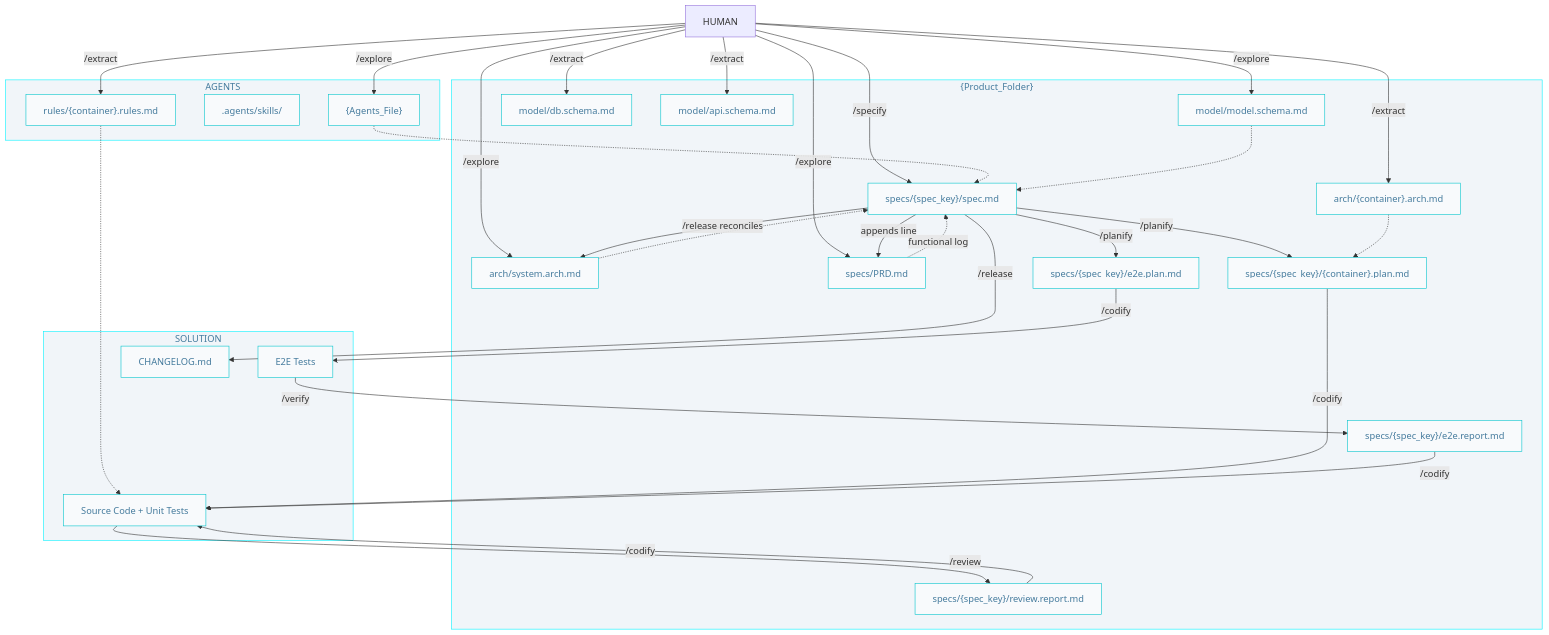
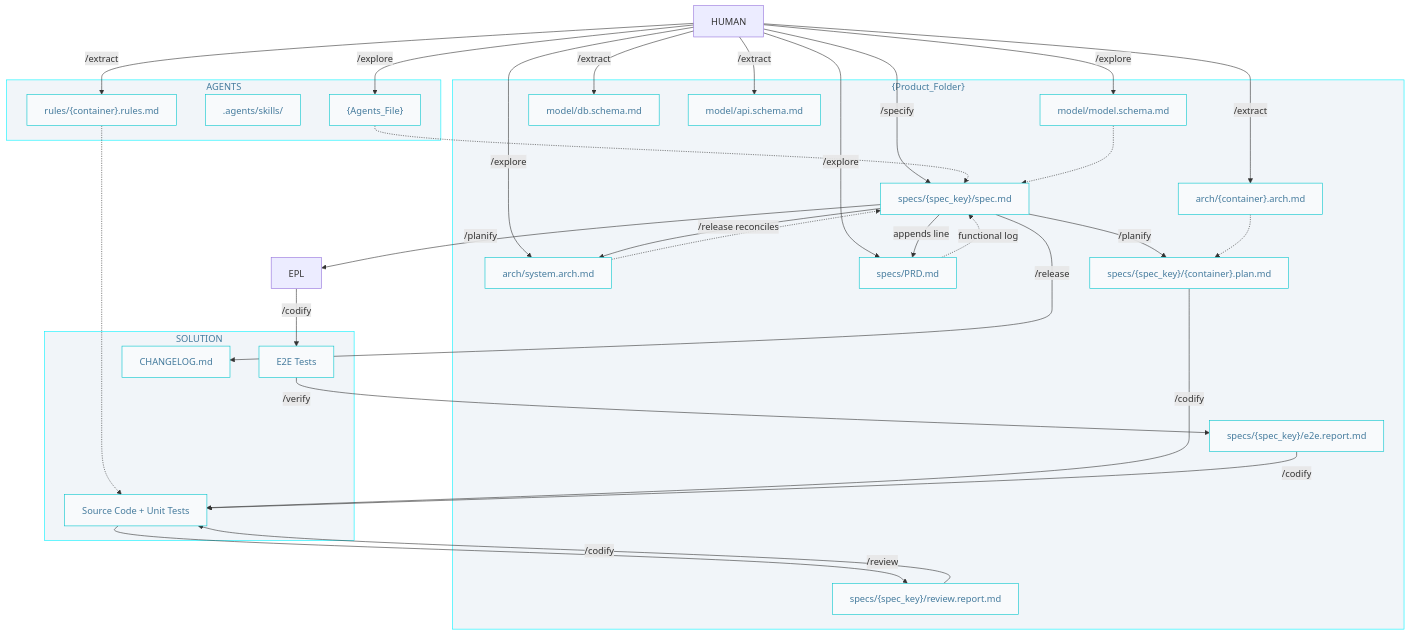
One commit to AIDDbot/AIDDbot changed the eighth of 9 diagrams in docs/AIDD.workflow.md. Above: the diagram before and after it, drawn with Mermaid. The commit also changed other lines of this file and 15 other files, not shown here.

````diff
--- a/docs/AIDD.workflow.md
+++ b/docs/AIDD.workflow.md
@@ -262,63 +273,62 @@
 ```mermaid
 flowchart TD
   classDef nd fill:#f8fafc,stroke:#00c4cc,color:#457b9d
   classDef sg fill:#f1f5f9,stroke:#00f2ff,color:#457b9d
 
   HUM[HUMAN]
 
   subgraph A["AGENTS"]
       AGT["{Agents_File}"]:::nd
       SKL[".agents/skills/"]:::nd
       RUL["rules/{container}.rules.md"]:::nd
   end
 
   subgraph P["{Product_Folder}"]
       ARC["arch/system.arch.md"]:::nd
       MOD["model/model.schema.md"]:::nd
       CAR["arch/{container}.arch.md"]:::nd
       DBS["model/db.schema.md"]:::nd
       API["model/api.schema.md"]:::nd
       PRD["specs/PRD.md"]:::nd
       SPC["specs/{spec_key}/spec.md"]:::nd
       PLN["specs/{spec_key}/{container}.plan.md"]:::nd
-      EPL["specs/{spec_key}/e2e.plan.md"]:::nd
       RPT["specs/{spec_key}/e2e.report.md"]:::nd
       RVR["specs/{spec_key}/review.report.md"]:::nd
   end
 
   subgraph S["SOLUTION"]
       COD["Source Code + Unit Tests"]:::nd
       E2E["E2E Tests"]:::nd
       CHL["CHANGELOG.md"]:::nd
   end
 
   HUM -->|/explore| AGT
   HUM -->|/explore| ARC
   HUM -->|/explore| MOD
   HUM -->|/explore| PRD
   HUM -->|/extract| CAR
   HUM -->|/extract| DBS
   HUM -->|/extract| API
   HUM -->|/extract| RUL
   HUM -->|/specify| SPC
   SPC -->|appends line| PRD
   PRD -.functional log.-> SPC
   AGT -.-> SPC
   ARC -.-> SPC
   MOD -.-> SPC
   SPC -->|/planify| PLN
   SPC -->|/planify| EPL
   CAR -.-> PLN
 
   PLN -->|/codify| COD
   RUL -.-> COD
   EPL -->|/codify| E2E
   E2E -->|/verify| RPT
   RPT -->|/codify| COD
   COD -->|/review| RVR
   RVR -->|/codify| COD
   SPC -->|/release| CHL
   SPC -->|/release reconciles| ARC
 
   class P,A,S sg
 ```
````
